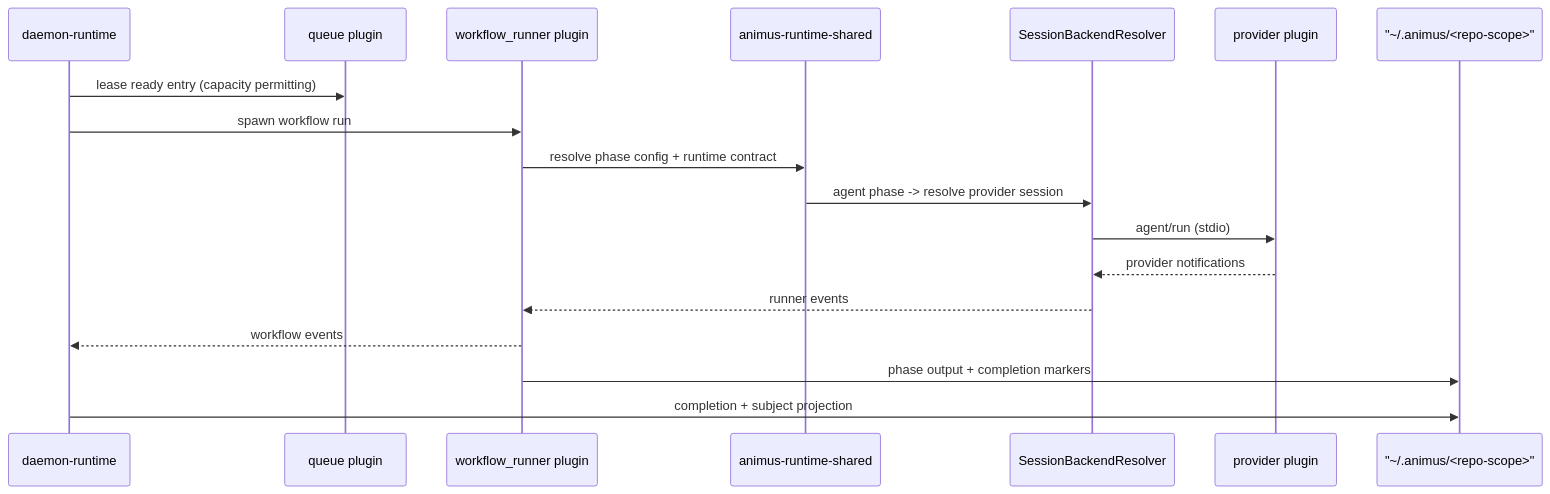
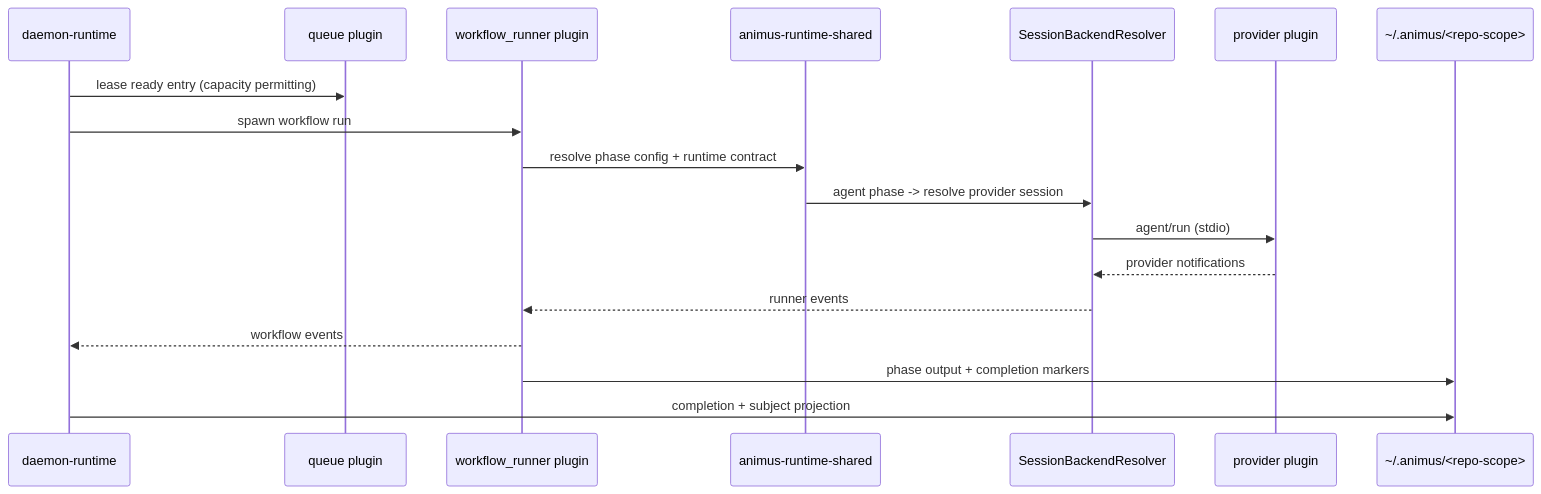
Before and after one commit to launchapp-dev/animus-cli: the third of 3 diagrams in docs/architecture/runtime-architecture.md, drawn with Mermaid. The commit also changed 9 other files, not shown here.

First line of the commit message:
docs: ELK layout, light/dark mermaid, fix clipped labels

````diff
--- a/docs/architecture/runtime-architecture.md
+++ b/docs/architecture/runtime-architecture.md
@@ -167,21 +167,21 @@
 ```mermaid
 sequenceDiagram
     participant Daemon as daemon-runtime
     participant Queue as queue plugin
     participant Runner as workflow_runner plugin
     participant Shared as animus-runtime-shared
     participant Session as SessionBackendResolver
     participant Provider as provider plugin
-    participant State as "~/.animus/<repo-scope>"
+    participant State as ~/.animus/<repo-scope>
 
     Daemon->>Queue: lease ready entry (capacity permitting)
     Daemon->>Runner: spawn workflow run
     Runner->>Shared: resolve phase config + runtime contract
     Shared->>Session: agent phase -> resolve provider session
     Session->>Provider: agent/run (stdio)
     Provider-->>Session: provider notifications
     Session-->>Runner: runner events
     Runner-->>Daemon: workflow events
     Runner->>State: phase output + completion markers
     Daemon->>State: completion + subject projection
 ```
````
